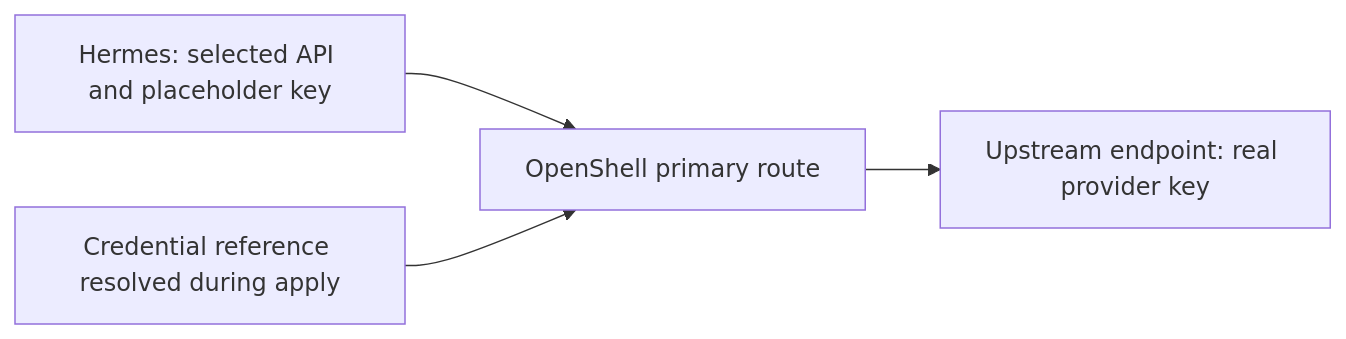
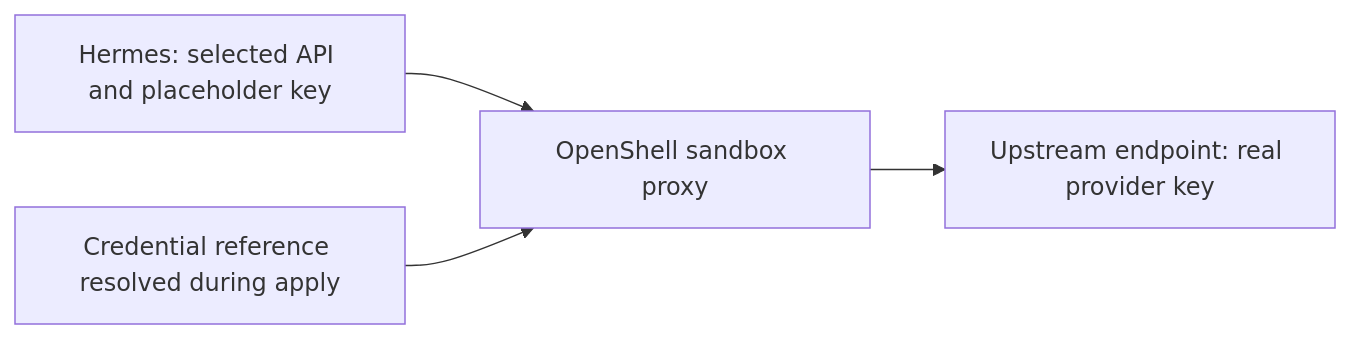
The diagram in docs/inference.md (NVIDIA/NemoClaw), drawn with Mermaid before and after one commit. The commit also changed other lines of this file and 82 other files, not shown here.

````diff
--- a/docs/inference.md
+++ b/docs/inference.md
@@ -272,6 +279,6 @@
 ```mermaid
 flowchart LR
-    A[Hermes: selected API and placeholder key] --> B[OpenShell primary route]
+    A[Hermes: selected API and placeholder key] --> B[OpenShell sandbox proxy]
     C[Credential reference resolved during apply] --> B
     B --> D[Upstream endpoint: real provider key]
 ```
````
